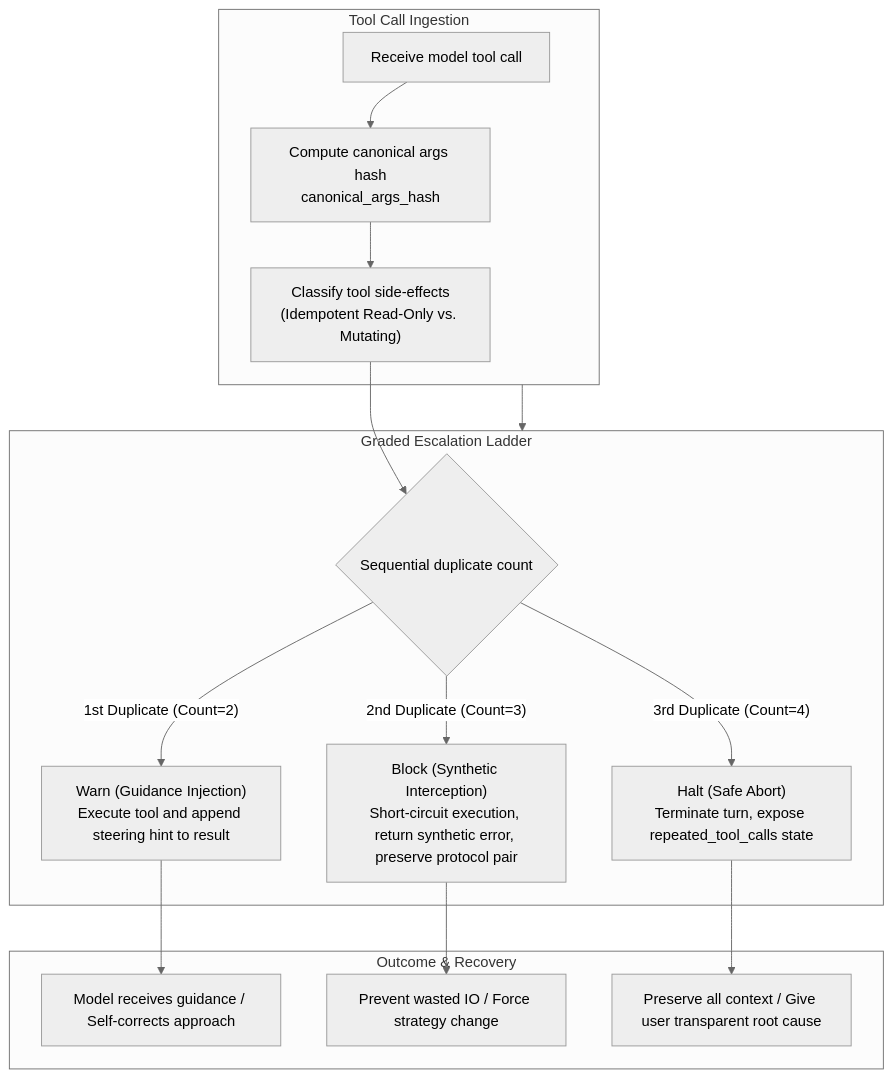
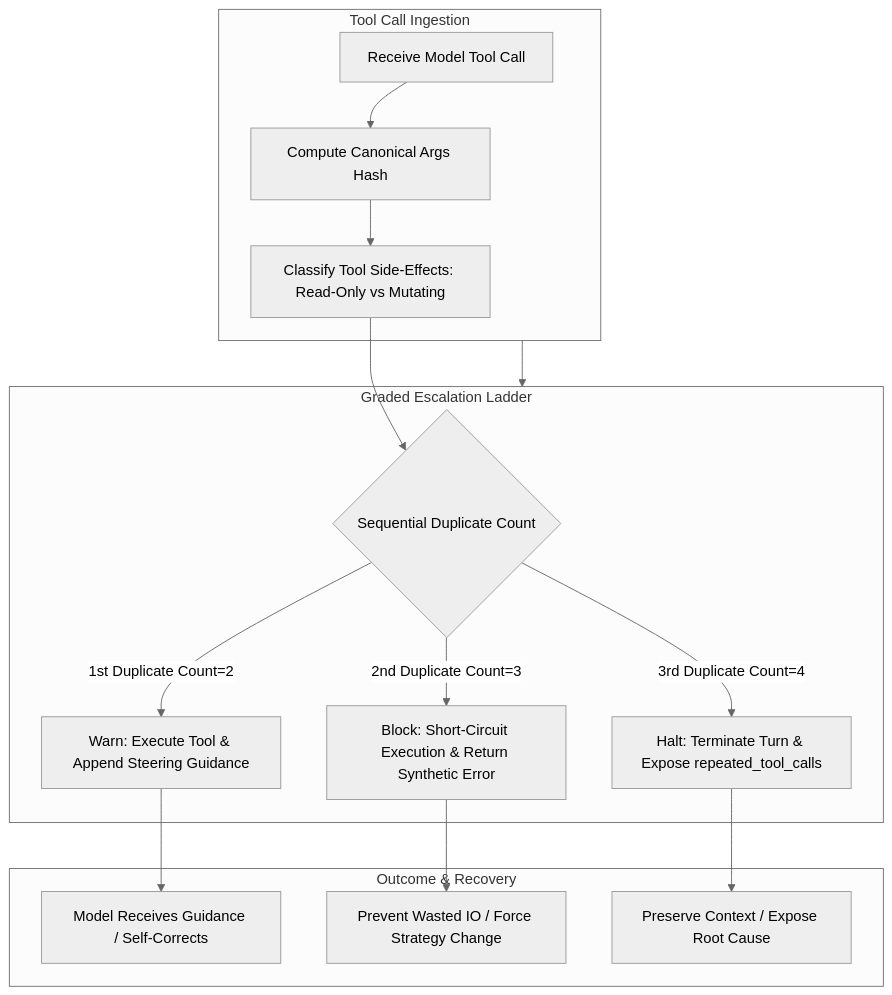
The diagram in content.en/posts/agent-graded-loop-guard-warn-block-halt.md (ferstar/blog), drawn with Mermaid (neutral theme) before and after one commit. The commit also changed 7 other files, not shown here.

Commit message:
fix(blog): sanitize mermaid syntax across all new agent posts

```diff
--- a/content.en/posts/agent-graded-loop-guard-warn-block-halt.md
+++ b/content.en/posts/agent-graded-loop-guard-warn-block-halt.md
@@ -22,22 +22,22 @@
 {{< mermaid >}}
 flowchart TD
-  subgraph Ingestion["Tool Call Ingestion"]
-    A[Receive model tool call] --> B["Compute canonical args hash<br/>canonical_args_hash"]
-    B --> C["Classify tool side-effects<br/>(Idempotent Read-Only vs. Mutating)"]
+  subgraph Ingestion[Tool Call Ingestion]
+    A[Receive Model Tool Call] --> B[Compute Canonical Args Hash]
+    B --> C[Classify Tool Side-Effects: Read-Only vs Mutating]
   end
 
-  subgraph Ladder["Graded Escalation Ladder"]
-    C --> D{Sequential duplicate count}
-    D -- "1st Duplicate (Count=2)" --> E["Warn (Guidance Injection)<br/>Execute tool and append steering hint to result"]
-    D -- "2nd Duplicate (Count=3)" --> F["Block (Synthetic Interception)<br/>Short-circuit execution, return synthetic error, preserve protocol pair"]
-    D -- "3rd Duplicate (Count=4)" --> G["Halt (Safe Abort)<br/>Terminate turn, expose repeated_tool_calls state"]
+  subgraph Ladder[Graded Escalation Ladder]
+    C --> D{Sequential Duplicate Count}
+    D -->|1st Duplicate Count=2| E[Warn: Execute Tool & Append Steering Guidance]
+    D -->|2nd Duplicate Count=3| F[Block: Short-Circuit Execution & Return Synthetic Error]
+    D -->|3rd Duplicate Count=4| G[Halt: Terminate Turn & Expose repeated_tool_calls]
   end
 
-  subgraph Outcome["Outcome & Recovery"]
-    E --> H[Model receives guidance / Self-corrects approach]
-    F --> I[Prevent wasted IO / Force strategy change]
-    G --> J[Preserve all context / Give user transparent root cause]
+  subgraph Outcome[Outcome & Recovery]
+    E --> H[Model Receives Guidance / Self-Corrects]
+    F --> I[Prevent Wasted IO / Force Strategy Change]
+    G --> J[Preserve Context / Expose Root Cause]
   end
 
   Ingestion --> Ladder
 {{< /mermaid >}}
```
